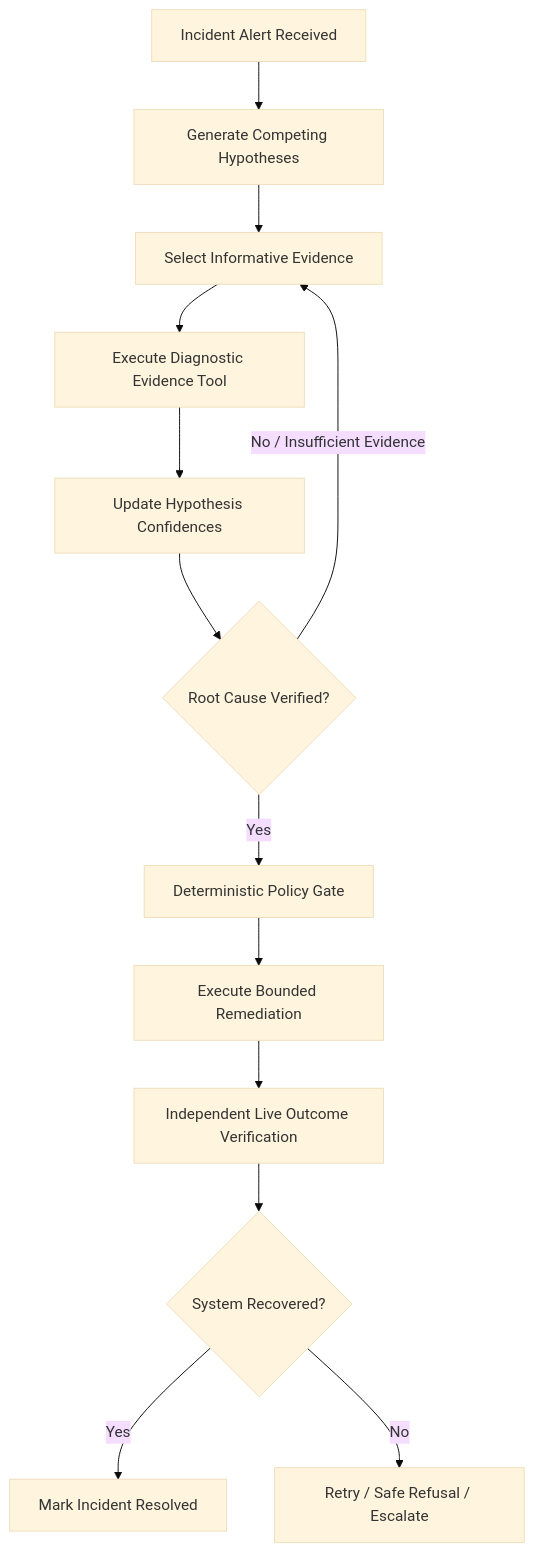
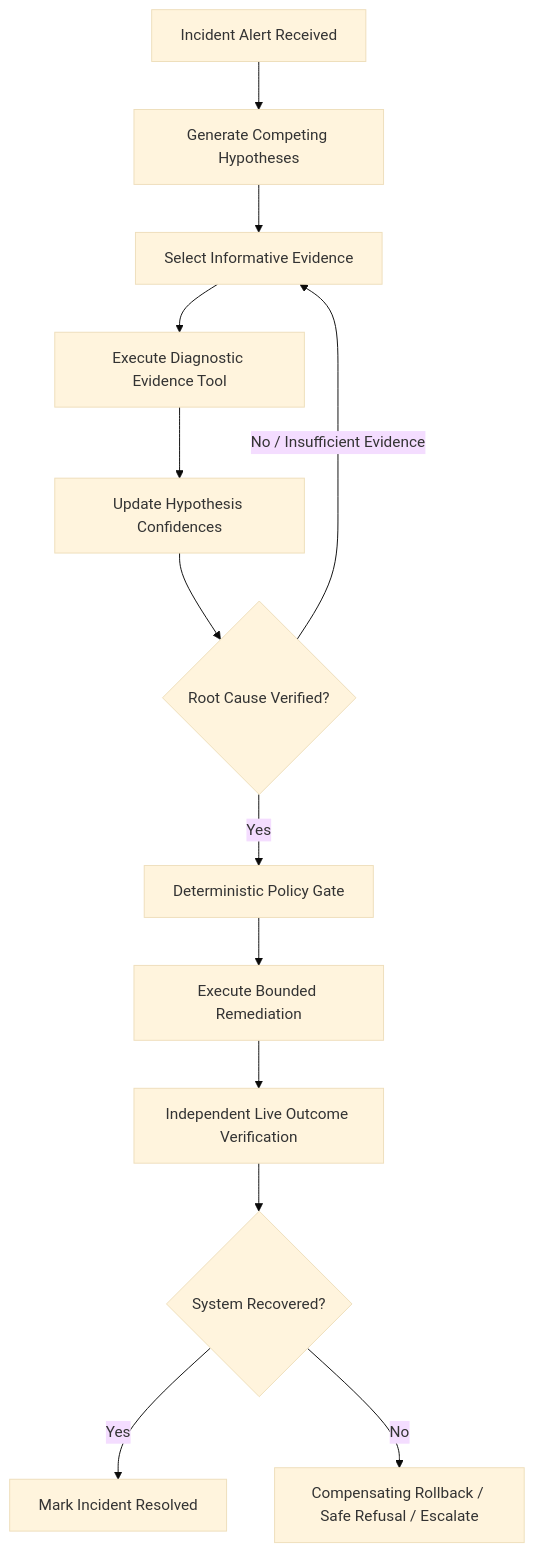
The first of 2 diagrams in README.md (Vaibhav20k/RCAI), drawn with Mermaid (base theme) before and after one commit. The commit also changed other lines of this file and 3 other files, not shown here.

````diff
--- a/README.md
+++ b/README.md
@@ -18,15 +18,15 @@
 ```mermaid
 flowchart TD
     A[Incident Alert Received] --> B[Generate Competing Hypotheses]
     B --> C[Select Informative Evidence]
     C --> D[Execute Diagnostic Evidence Tool]
     D --> E[Update Hypothesis Confidences]
     E --> F{Root Cause Verified?}
     F -- No / Insufficient Evidence --> C
     F -- Yes --> G[Deterministic Policy Gate]
     G --> H[Execute Bounded Remediation]
     H --> I[Independent Live Outcome Verification]
     I --> J{System Recovered?}
     J -- Yes --> K[Mark Incident Resolved]
-    J -- No --> L[Retry / Safe Refusal / Escalate]
+    J -- No --> L[Compensating Rollback / Safe Refusal / Escalate]
 ```
````
